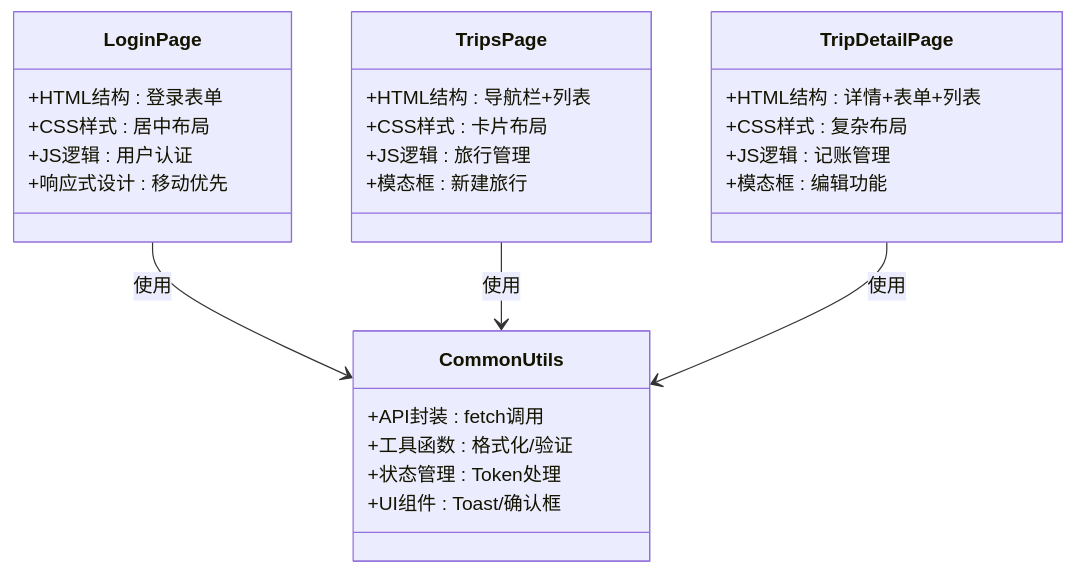
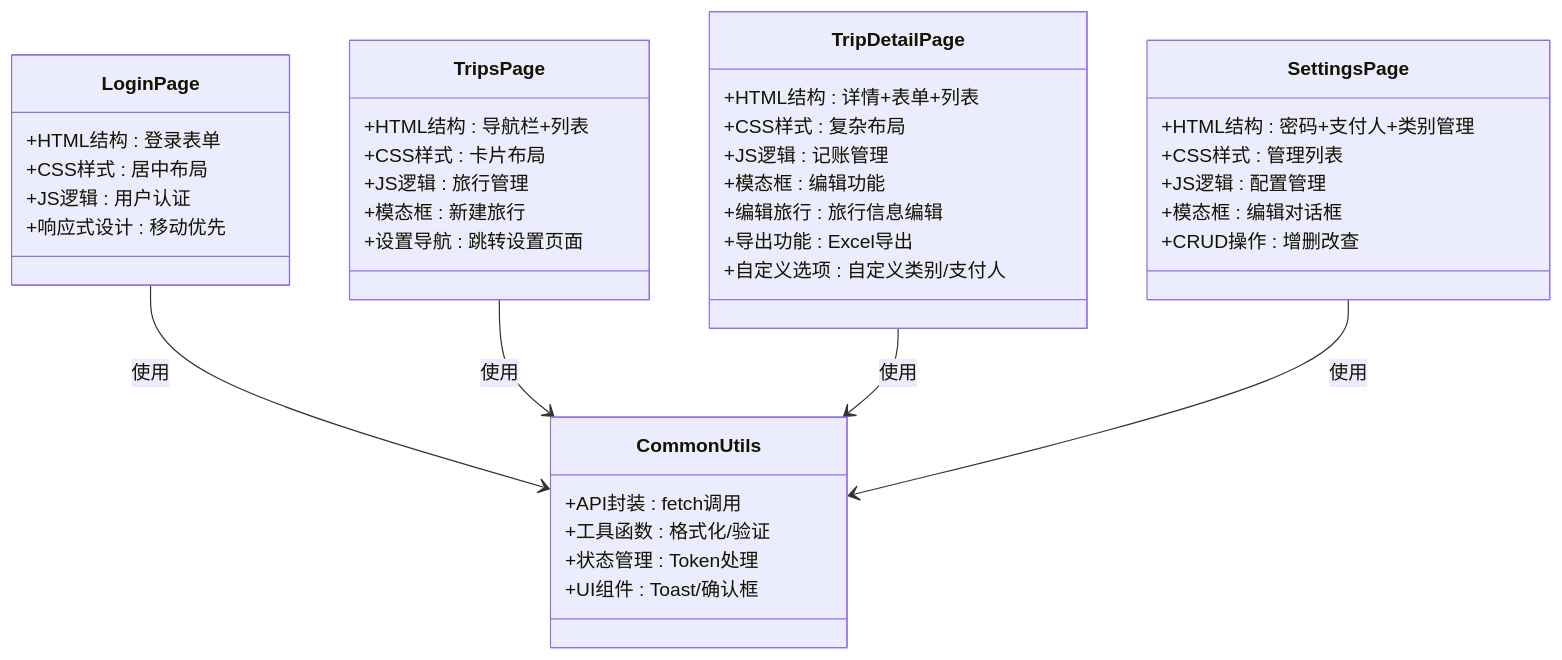
One commit to louyinmin/recorded changed the second of 17 diagrams in .qoder/repowiki/zh/content/前端页面详解/前端页面详解.md. Above: the diagram before and after it, drawn with Mermaid. The commit also changed other lines of this file and 6 other files, not shown here.

````diff
--- a/.qoder/repowiki/zh/content/前端页面详解/前端页面详解.md
+++ b/.qoder/repowiki/zh/content/前端页面详解/前端页面详解.md
@@ -73,30 +79,42 @@
 ```mermaid
 classDiagram
 class LoginPage {
 +HTML结构 : 登录表单
 +CSS样式 : 居中布局
 +JS逻辑 : 用户认证
 +响应式设计 : 移动优先
 }
 class TripsPage {
 +HTML结构 : 导航栏+列表
 +CSS样式 : 卡片布局
 +JS逻辑 : 旅行管理
 +模态框 : 新建旅行
++设置导航 : 跳转设置页面
 }
 class TripDetailPage {
 +HTML结构 : 详情+表单+列表
 +CSS样式 : 复杂布局
 +JS逻辑 : 记账管理
 +模态框 : 编辑功能
++编辑旅行 : 旅行信息编辑
++导出功能 : Excel导出
++自定义选项 : 自定义类别/支付人
+}
+class SettingsPage {
++HTML结构 : 密码+支付人+类别管理
++CSS样式 : 管理列表
++JS逻辑 : 配置管理
++模态框 : 编辑对话框
++CRUD操作 : 增删改查
 }
 class CommonUtils {
 +API封装 : fetch调用
 +工具函数 : 格式化/验证
 +状态管理 : Token处理
 +UI组件 : Toast/确认框
 }
 LoginPage --> CommonUtils : 使用
 TripsPage --> CommonUtils : 使用
 TripDetailPage --> CommonUtils : 使用
+SettingsPage --> CommonUtils : 使用
 ```
````
